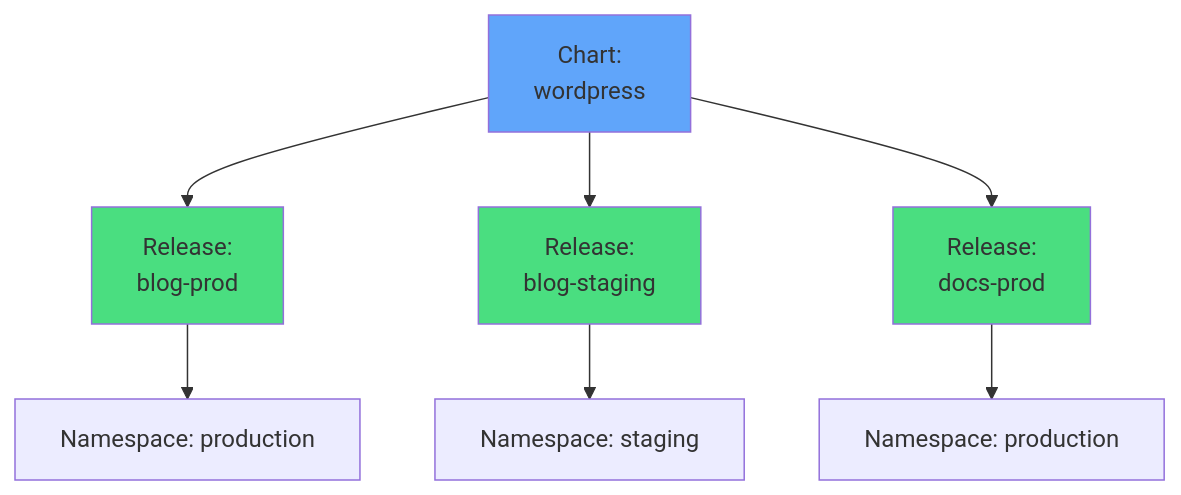
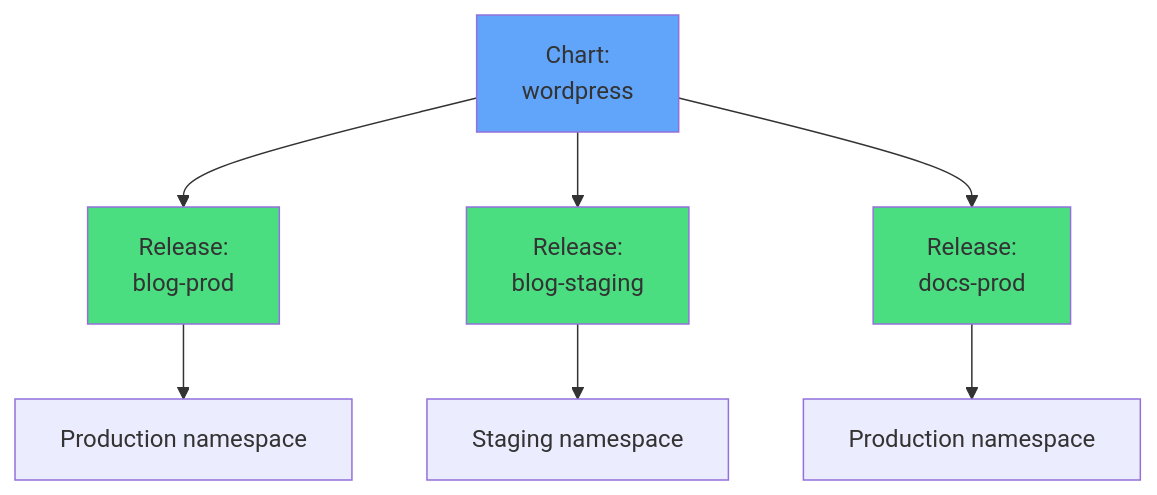
The sixth of 11 diagrams in slides/helm/slides.md (courselabs/kubernetes), drawn with Mermaid before and after one commit. The commit also changed other lines of this file and 5 other files, not shown here.

````diff
--- a/slides/helm/slides.md
+++ b/slides/helm/slides.md
@@ -287,13 +313,13 @@
 ```mermaid
 graph TB
     CH["Chart:<br/>wordpress"] --> R1["Release:<br/>blog-prod"]
     CH --> R2["Release:<br/>blog-staging"]
     CH --> R3["Release:<br/>docs-prod"]
-    R1 --> N1[Namespace: production]
-    R2 --> N2[Namespace: staging]
-    R3 --> N3[Namespace: production]
+    R1 --> N1[Production namespace]
+    R2 --> N2[Staging namespace]
+    R3 --> N3[Production namespace]
     style CH fill:#60a5fa
     style R1 fill:#4ade80
     style R2 fill:#4ade80
     style R3 fill:#4ade80
 ```
````
